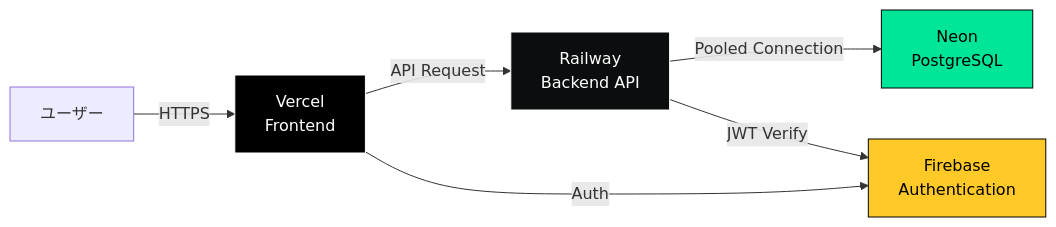
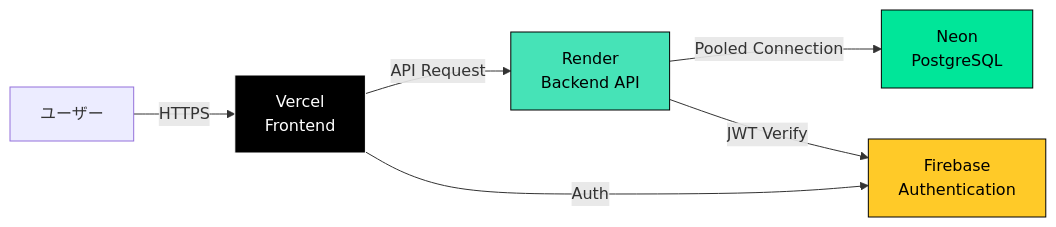
The first of 2 diagrams in README.md (nt624/money-buddy), drawn with Mermaid before and after one commit. The commit also changed other lines of this file, not shown here.

First line of the commit message:
docs: update README with new Vercel URL and switch backend from Railway to Render

````diff
--- a/README.md
+++ b/README.md
@@ -230,13 +230,13 @@
 ```mermaid
 graph LR
     A[ユーザー] -->|HTTPS| B[Vercel<br/>Frontend]
-    B -->|API Request| C[Railway<br/>Backend API]
+    B -->|API Request| C[Render<br/>Backend API]
     C -->|Pooled Connection| D[Neon<br/>PostgreSQL]
     B -->|Auth| E[Firebase<br/>Authentication]
     C -->|JWT Verify| E
     
     style B fill:#000,stroke:#fff,color:#fff
-    style C fill:#0B0D0E,stroke:#fff,color:#fff
+    style C fill:#46E3B7,stroke:#000,color:#000
     style D fill:#00E699,stroke:#000,color:#000
     style E fill:#FFCA28,stroke:#000,color:#000
 ```
````
